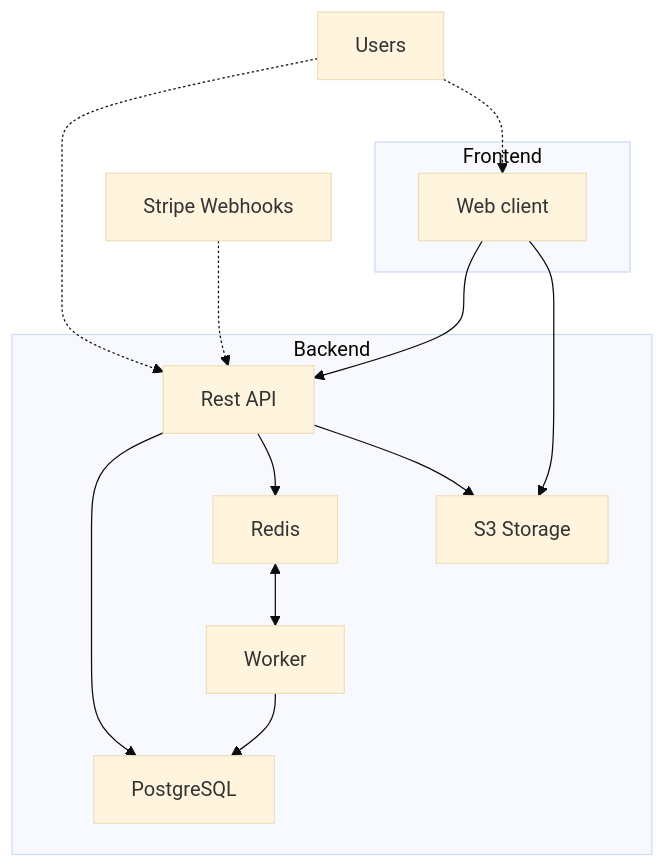
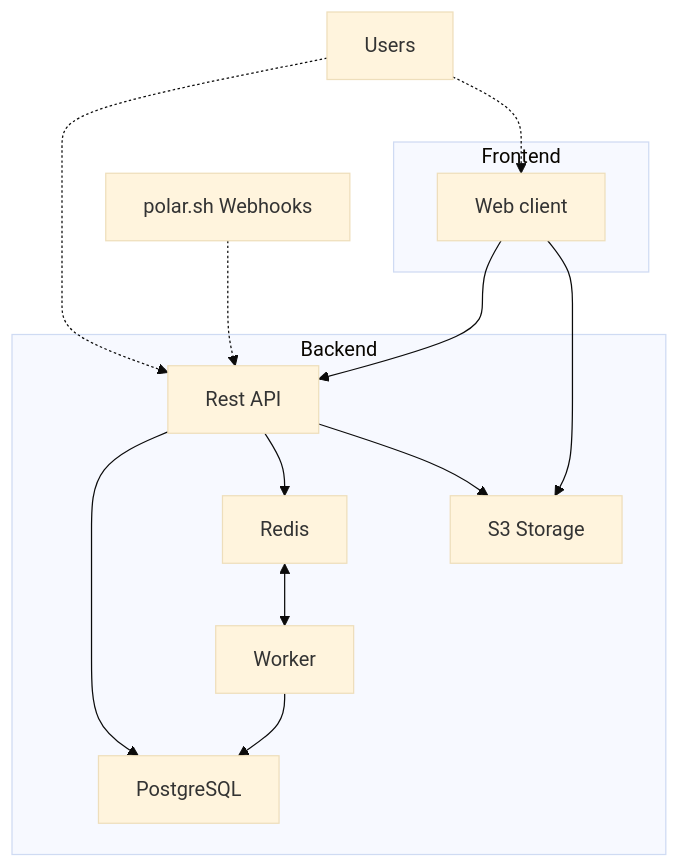
Before and after one commit to outception/outception: the diagram in DEVELOPMENT.md, drawn with Mermaid (base theme). The commit also changed other lines of this file and 3 other files, not shown here.

````diff
--- a/DEVELOPMENT.md
+++ b/DEVELOPMENT.md
@@ -11,27 +11,27 @@
 ```mermaid
 flowchart TD
     subgraph "Backend"
         API["Rest API"]
         POSTGRESQL["PostgreSQL"]
         REDIS["Redis"]
         S3["S3 Storage"]
         WORKER["Worker"]
     end
     subgraph "Frontend"
         WEB["Web client"]
     end
-    STRIPE_WH["Stripe Webhooks"]
+    POLAR_WH["polar.sh Webhooks"]
     USERS["Users"]
 
     WEB --> API
     API --> POSTGRESQL
     API --> REDIS
     REDIS <--> WORKER
     WORKER --> POSTGRESQL
     API --> S3
     WEB --> S3
 
-    STRIPE_WH -.-> API
+    POLAR_WH -.-> API
     USERS -.-> API
     USERS -.-> WEB
 ```
````
